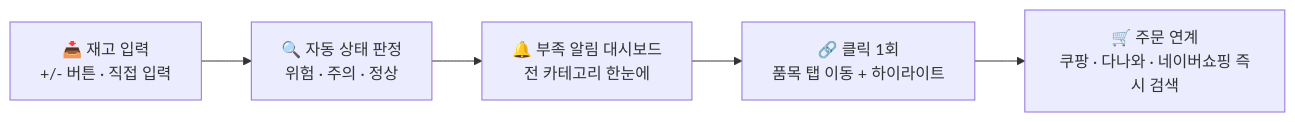
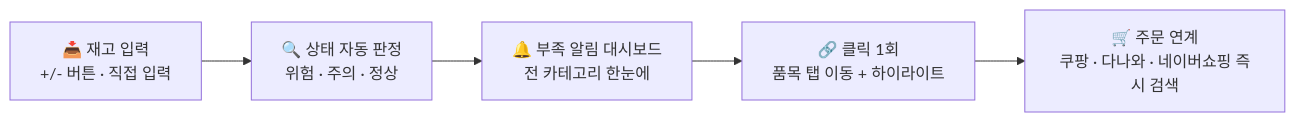
One commit to forexms78/cafe-inventory changed the first of 3 diagrams in README.md. Above: the diagram before and after it, drawn with Mermaid. The commit also changed other lines of this file, not shown here.

````diff
--- a/README.md
+++ b/README.md
@@ -25,7 +19,7 @@
 ```mermaid
 flowchart LR
-    A["📥 재고 입력\n+/- 버튼 · 직접 입력"] --> B["🔍 자동 상태 판정\n위험 · 주의 · 정상"]
+    A["📥 재고 입력\n+/- 버튼 · 직접 입력"] --> B["🔍 상태 자동 판정\n위험 · 주의 · 정상"]
     B --> C["🔔 부족 알림 대시보드\n전 카테고리 한눈에"]
     C --> D["🔗 클릭 1회\n품목 탭 이동 + 하이라이트"]
     D --> E["🛒 주문 연계\n쿠팡 · 다나와 · 네이버쇼핑 즉시 검색"]
 ```
````
